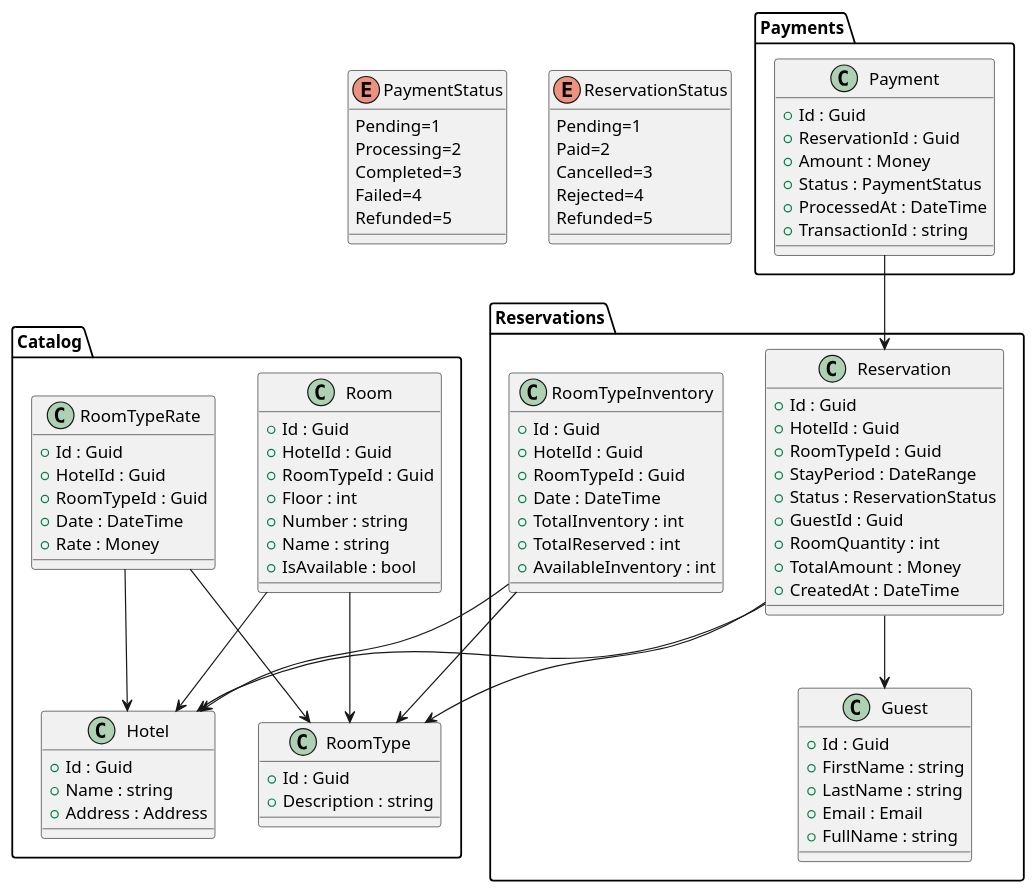
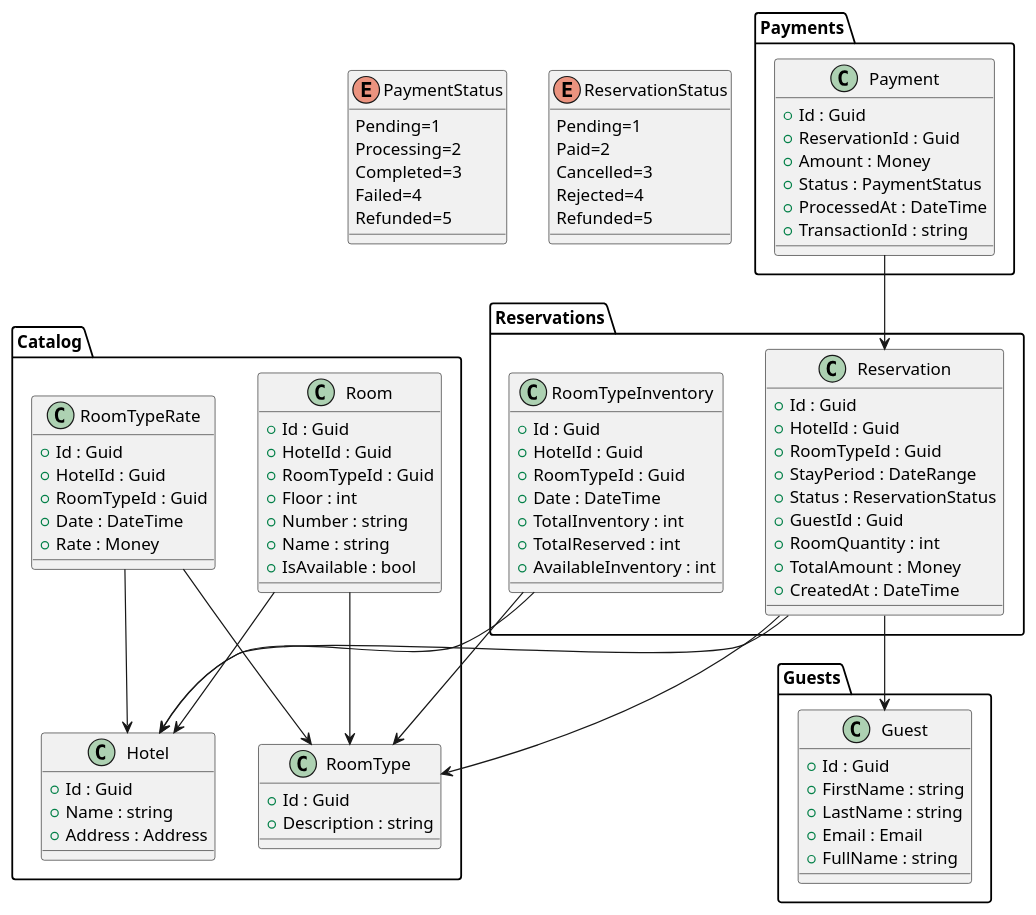
The diagram in diagram.puml (igorgomes96/fc4-hotelreservation), drawn with PlantUML before and after one commit. The commit also changed 23 other files, not shown here.

```diff
--- a/diagram.puml
+++ b/diagram.puml
@@ -1,98 +1,100 @@
 @startuml
 enum PaymentStatus {
     Pending=1
     Processing=2
     Completed=3
     Failed=4
     Refunded=5
 }
 enum ReservationStatus {
     Pending=1
     Paid=2
     Cancelled=3
     Rejected=4
     Refunded=5
 }
 package Catalog {
     class Hotel {
         + Id : Guid
         + Name : string
         + Address : Address
     }
     class Room {
         + Id : Guid
         + HotelId : Guid
         + RoomTypeId : Guid
         + Floor : int
         + Number : string
         + Name : string
         + IsAvailable : bool
     }
     class RoomType {
         + Id : Guid
         + Description : string
     }
     class RoomTypeRate {
         + Id : Guid
         + HotelId : Guid
         + RoomTypeId : Guid
         + Date : DateTime
         + Rate : Money
     }
 }
 
 package Payments {
     class Payment {
         + Id : Guid
         + ReservationId : Guid
         + Amount : Money
         + Status : PaymentStatus
         + ProcessedAt : DateTime
         + TransactionId : string
     }
 }
 
 package Reservations {
     class Reservation {
         + Id : Guid
         + HotelId : Guid
         + RoomTypeId : Guid
         + StayPeriod : DateRange
         + Status : ReservationStatus
         + GuestId : Guid
         + RoomQuantity : int
         + TotalAmount : Money
         + CreatedAt : DateTime
     }
     
-    class Guest {
-        + Id : Guid
-        + FirstName : string
-        + LastName : string
-        + Email : Email
-        + FullName : string
-    }
-    
     class RoomTypeInventory {
         + Id : Guid
         + HotelId : Guid
         + RoomTypeId : Guid
         + Date : DateTime
         + TotalInventory : int
         + TotalReserved : int
         + AvailableInventory : int
+    }
+}
+
+package Guests {
+    class Guest {
+        + Id : Guid
+        + FirstName : string
+        + LastName : string
+        + Email : Email
+        + FullName : string
     }
 }
 
 RoomTypeRate --> RoomType
 RoomTypeInventory --> Hotel
 RoomTypeInventory --> RoomType
 Reservation --> Hotel
 Reservation --> RoomType
 RoomTypeRate --> Hotel
 Reservation --> Guest
 Room --> Hotel
 Room --> RoomType
 Payment --> Reservation
 
 @enduml
```
